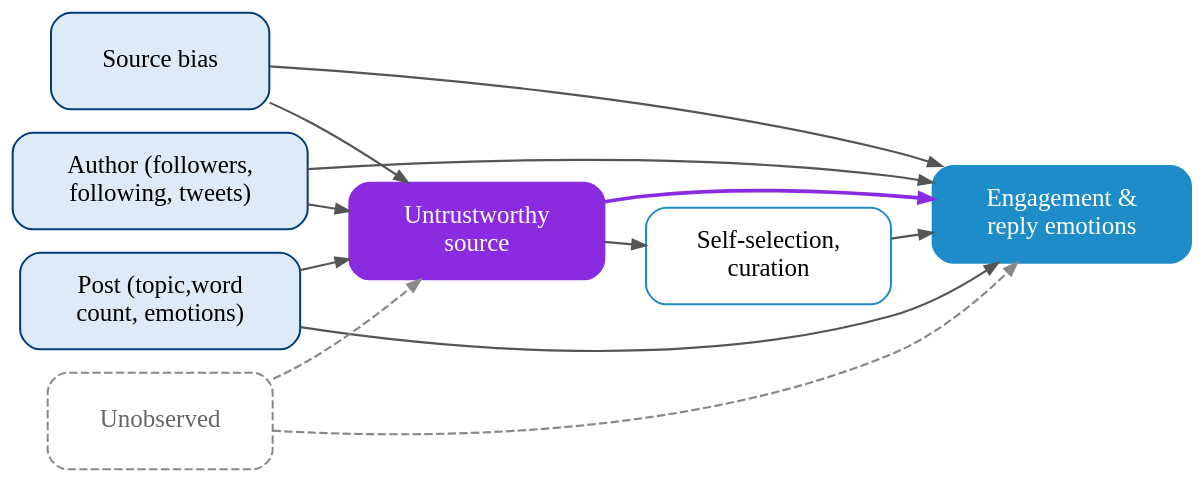
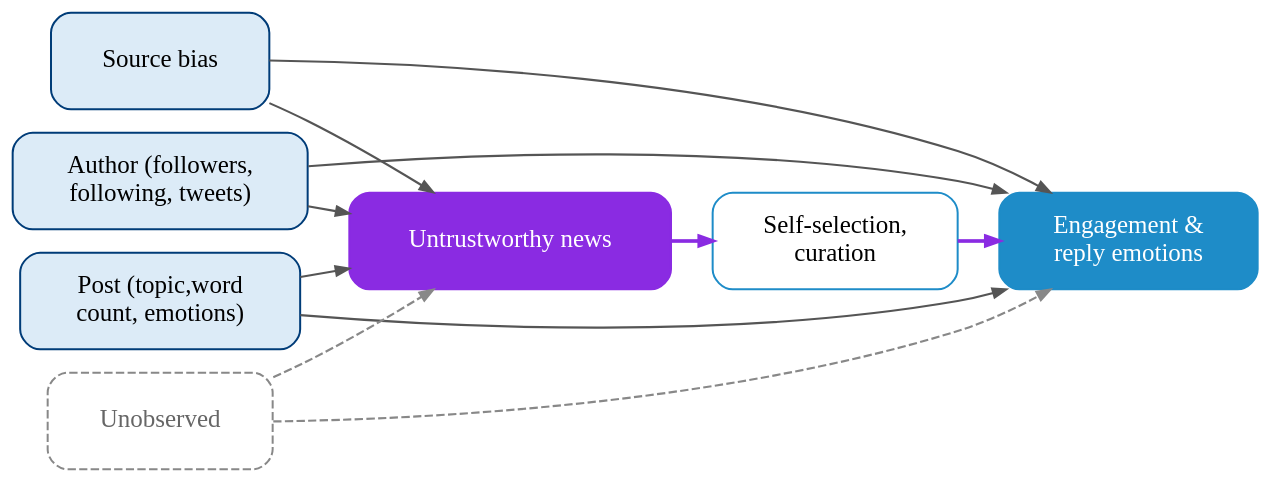
Before and after one commit to julaluehring/2026-matching-dgpuk: the second of 2 diagrams in index.qmd, drawn with Graphviz. The commit also changed other lines of this file and 12 other files, not shown here.

````diff
--- a/index.qmd
+++ b/index.qmd
@@ -178,33 +432,32 @@
 ```{dot}
 //| fig-width: 6
 //| fig-height: 4.2
 digraph DAG {
   graph [rankdir=LR, bgcolor="transparent", nodesep=0.2, ranksep=0.35, fontname="Source Code Pro"];
   node  [fontname="Source Code Pro", fontsize=15, shape=box, margin="0.35,0.12", height=0.8, style="rounded,filled", color="#003C78", penwidth=1.2];
   edge  [color="#555555", arrowsize=0.8, penwidth=1.3];
 
   // matched confounders (poster side)
   bias   [label="Source bias", fillcolor="#DCEBF7"];
   author [label="Author (followers,\n following, tweets)", fillcolor="#DCEBF7"];
   post   [label="Post (topic,word\ncount, emotions)", fillcolor="#DCEBF7"];
 
   // unobserved
   topic  [label="Unobserved", style="rounded,dashed", color="#888888", fontcolor="#666666"];
 
   // treatment, mediator, outcome
-  T [label="Untrustworthy\nsource", fillcolor="#8A2BE2", fontcolor="white", color="#8A2BE2"];
+  T [label="Untrustworthy news", fillcolor="#8A2BE2", fontcolor="white", color="#8A2BE2"];
   M [label="Self-selection,\ncuration", fillcolor="white", color="#1E8CC8"];
   Y [label="Engagement &\nreply emotions", fillcolor="#1E8CC8", fontcolor="white", color="#1E8CC8"];
 
   {rank=same; bias; author; post; topic}
 
   bias -> T;   bias -> Y;
   author -> T; author -> Y;
   post -> T;   post -> Y;
   topic -> T [style=dashed, color="#888888"];
   topic -> Y [style=dashed, color="#888888"];
 
-  T -> M -> Y;
-  T -> Y [penwidth=2.2, color="#8A2BE2"];
+  T -> M -> Y [penwidth=2.2, color="#8A2BE2"];
 }
 ```
````
